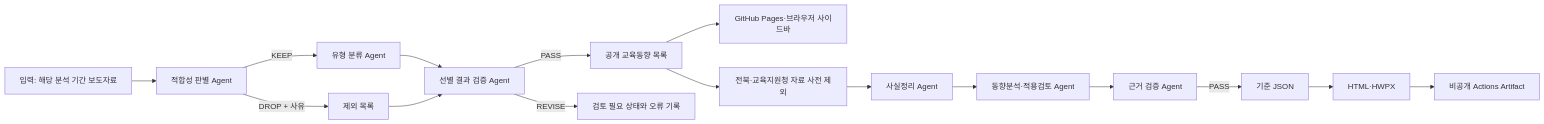
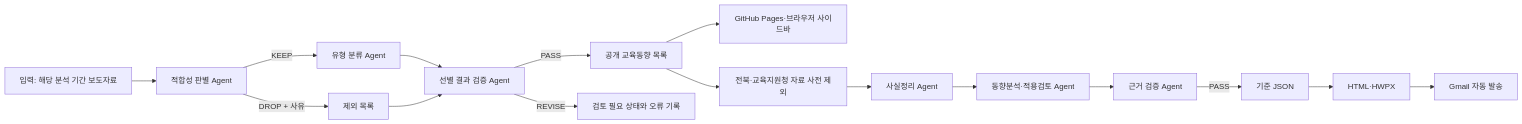
One commit to kain9012-bit/edu-news-alert changed the diagram in README.md. Above: the diagram before and after it, drawn with Mermaid. The commit also changed other lines of this file and 2 other files, not shown here.

Commit message:
Send daily reports by Gmail

````diff
--- a/README.md
+++ b/README.md
@@ -19,18 +19,18 @@
 ```mermaid
 flowchart LR
     A[입력: 해당 분석 기간 보도자료] --> B[적합성 판별 Agent]
     B -->|KEEP| C[유형 분류 Agent]
     B -->|DROP + 사유| D[제외 목록]
     C --> E[선별 결과 검증 Agent]
     D --> E
     E -->|PASS| F[공개 교육동향 목록]
     E -->|REVISE| G[검토 필요 상태와 오류 기록]
     F --> H[GitHub Pages·브라우저 사이드바]
     F --> I[전북·교육지원청 자료 사전 제외]
     I --> J[사실정리 Agent]
     J --> K[동향분석·적용검토 Agent]
     K --> L[근거 검증 Agent]
     L -->|PASS| M[기준 JSON]
     M --> N[HTML·HWPX]
-    N --> O[비공개 Actions Artifact]
+    N --> O[Gmail 자동 발송]
 ```
````
